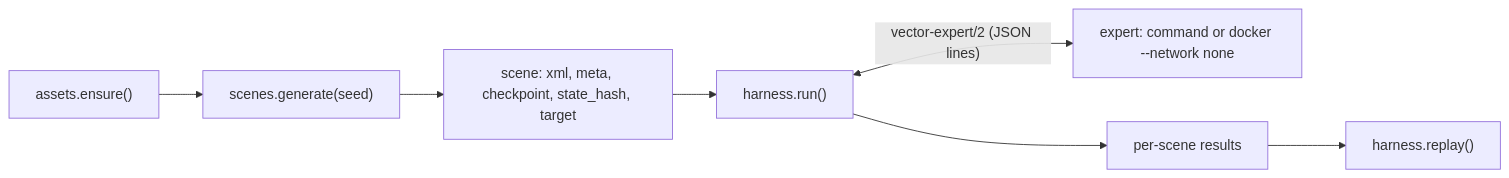
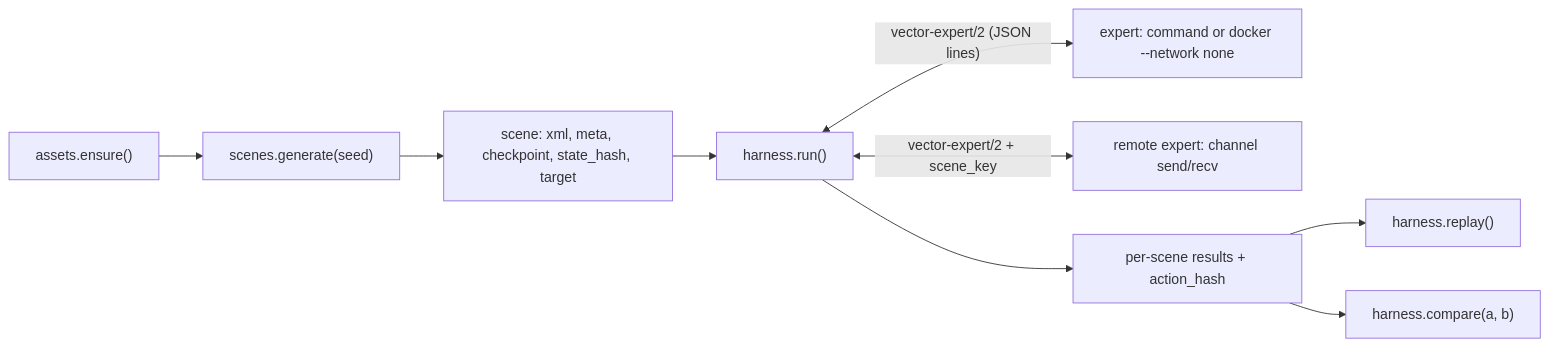
The first of 4 diagrams in README.md (robotensor/vector-env), drawn with Mermaid before and after one commit. The commit also changed other lines of this file and 11 other files, not shown here.

Commit message:
harness: remote experts over a message channel, action hashes, compare

````diff
--- a/README.md
+++ b/README.md
@@ -7,9 +8,11 @@
 ```mermaid
 flowchart LR
   G["scenes.generate(seed)"] --> S["scene: xml, meta, checkpoint, state_hash, target"]
   A["assets.ensure()"] --> G
   S --> H["harness.run()"]
   H <-->|"vector-expert/2 (JSON lines)"| X["expert: command or docker --network none"]
-  H --> R["per-scene results"]
+  H <-->|"vector-expert/2 + scene_key"| C["remote expert: channel send/recv"]
+  H --> R["per-scene results + action_hash"]
   R --> P["harness.replay()"]
+  R --> K["harness.compare(a, b)"]
 ```
````
